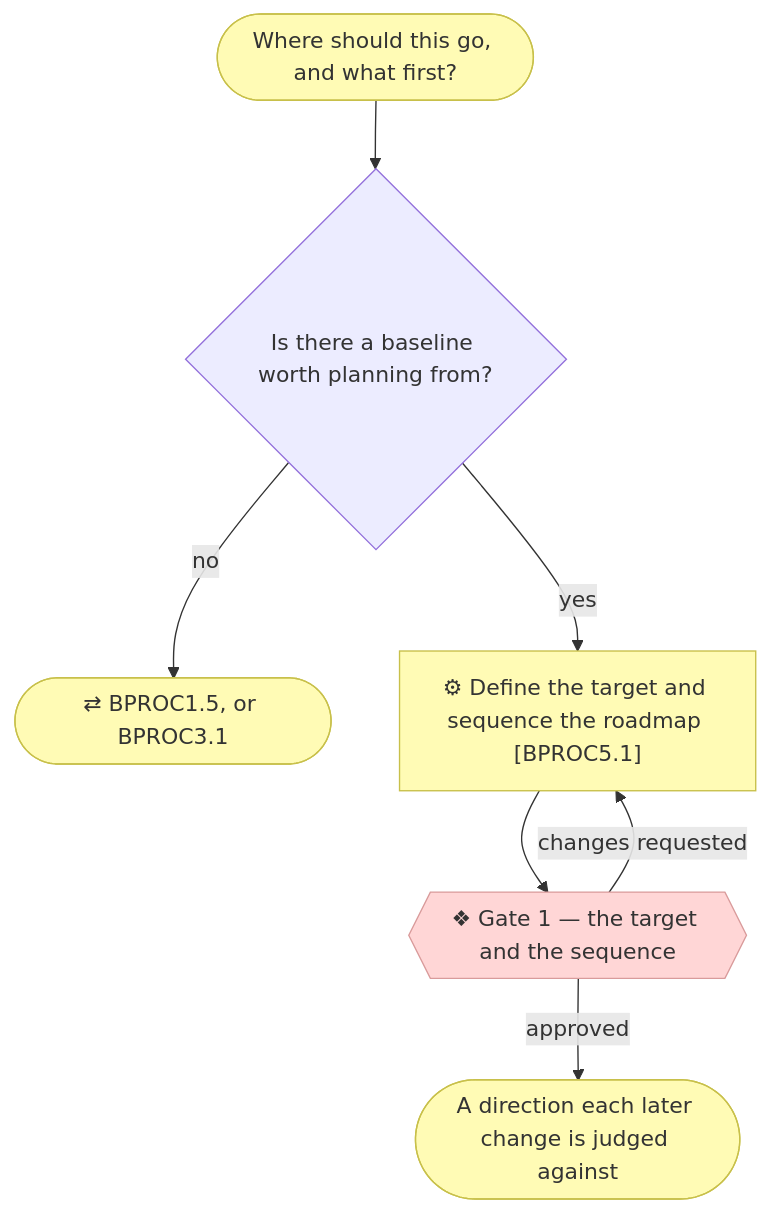
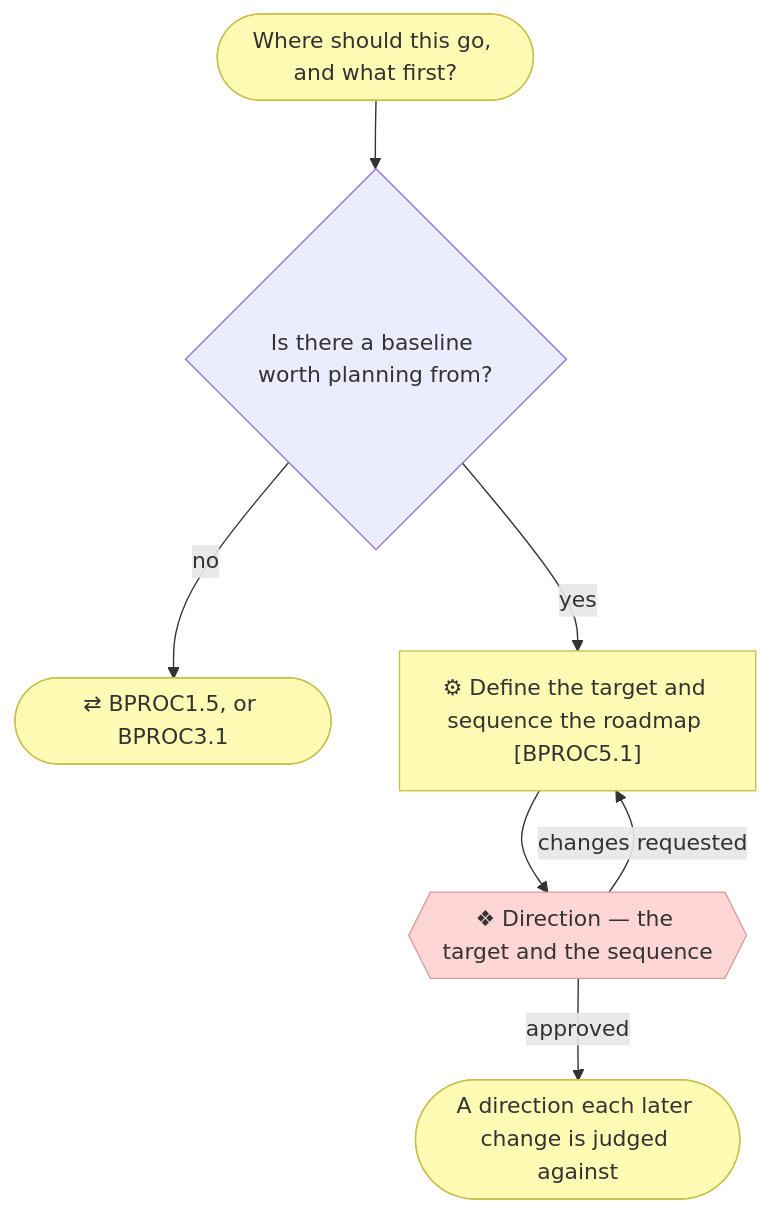
One commit to roanboc/archreator changed the second of 5 diagrams in docs/process/1_level-1-macro-processes.md. Above: the diagram before and after it, drawn with Mermaid. The commit also changed other lines of this file and 32 other files, not shown here.

````diff
--- a/docs/process/1_level-1-macro-processes.md
+++ b/docs/process/1_level-1-macro-processes.md
@@ -69,20 +69,20 @@
 ```mermaid
 flowchart TD
   ask(["Where should this go, and what first?"])
   base{"Is there a baseline worth planning from?"}
   back(["⇄ BPROC1.5, or BPROC3.1"])
   p51["⚙ Define the target and sequence the roadmap [BPROC5.1]"]
-  g1{{"❖ Gate 1 — the target and the sequence"}}
+  g1{{"❖ Direction — the target and the sequence"}}
   road(["A direction each later change is judged against"])
 
   ask --> base
   base -->|no| back
   base -->|yes| p51 --> g1
   g1 -->|changes requested| p51
   g1 -->|approved| road
 
   classDef business fill:#fffbb5,stroke:#c8c04a,color:#333
   classDef implementation fill:#ffd6d6,stroke:#d99b9b,color:#333
   class p51,ask,back,road business
   class g1 implementation
 ```
````
